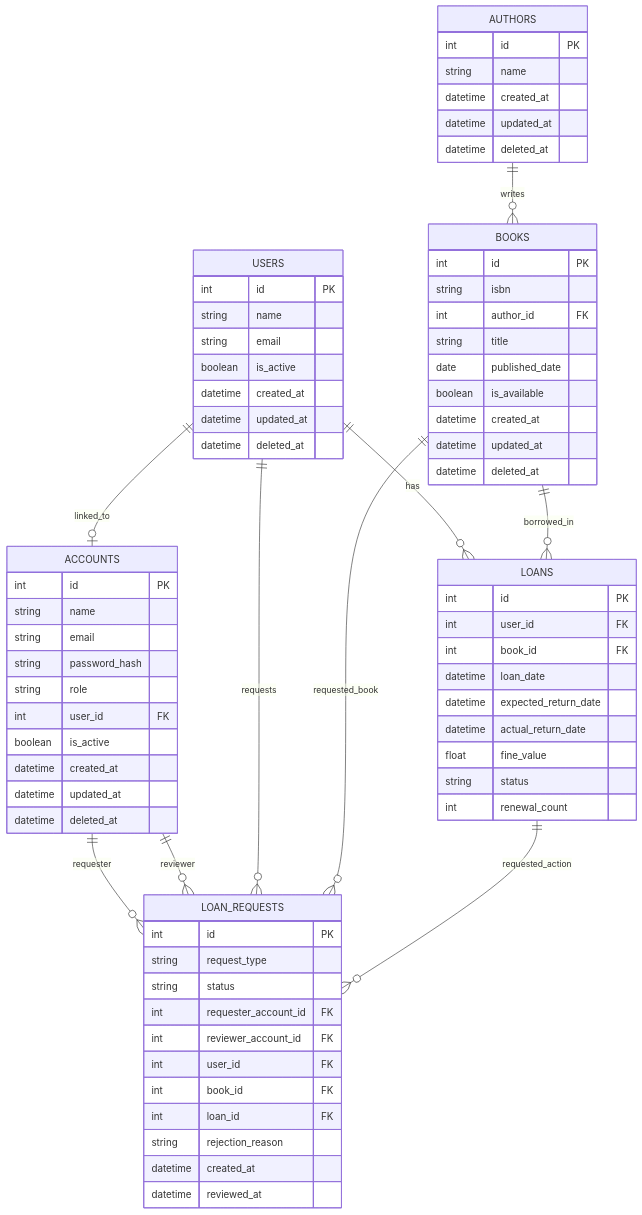
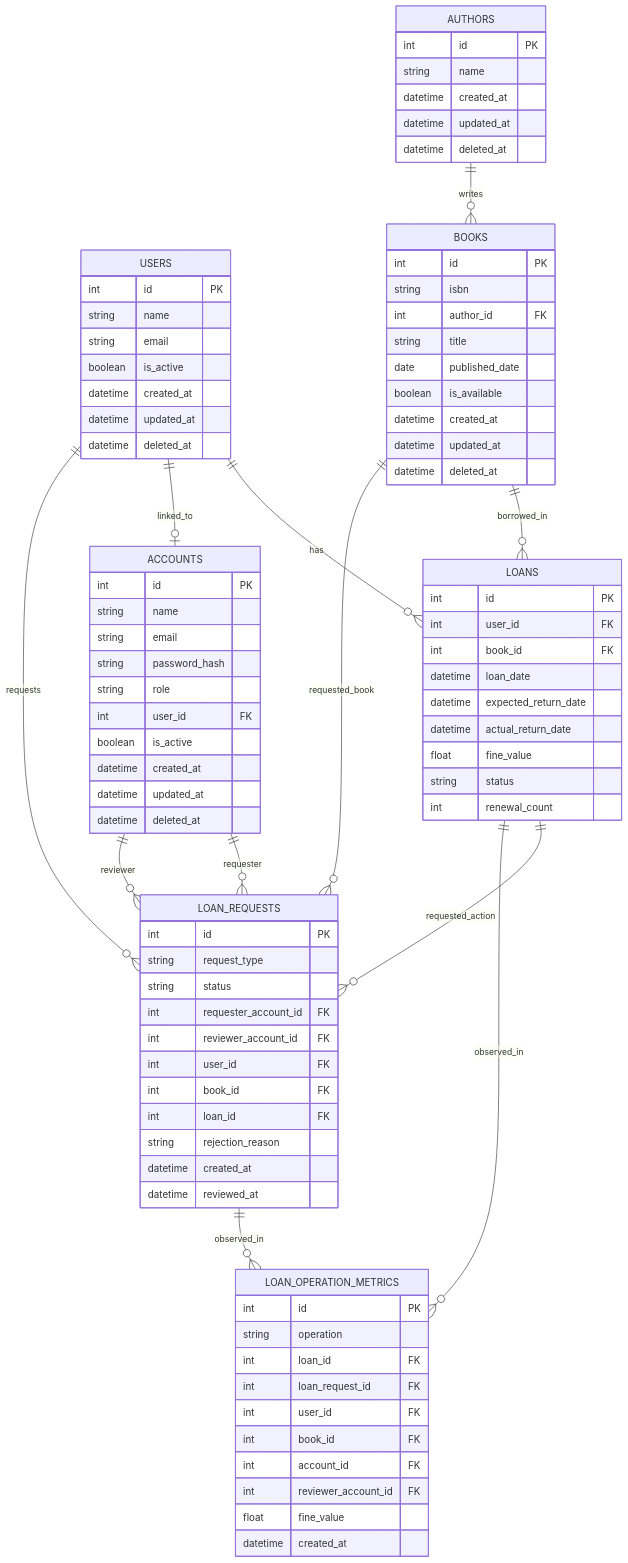
The third of 4 diagrams in README.md (mavismmg/tech-case-btg-pactual), drawn with Mermaid before and after one commit. The commit also changed other lines of this file, not shown here.

````diff
--- a/README.md
+++ b/README.md
@@ -188,6 +191,8 @@
     USERS ||--o{ LOAN_REQUESTS : requests
     BOOKS ||--o{ LOAN_REQUESTS : requested_book
     LOANS ||--o{ LOAN_REQUESTS : requested_action
+    LOANS ||--o{ LOAN_OPERATION_METRICS : observed_in
+    LOAN_REQUESTS ||--o{ LOAN_OPERATION_METRICS : observed_in
 
     USERS {
         int id PK
@@ -257,4 +262,17 @@
         datetime created_at
         datetime reviewed_at
     }
+
+    LOAN_OPERATION_METRICS {
+        int id PK
+        string operation
+        int loan_id FK
+        int loan_request_id FK
+        int user_id FK
+        int book_id FK
+        int account_id FK
+        int reviewer_account_id FK
+        float fine_value
+        datetime created_at
+    }
 ```
````
